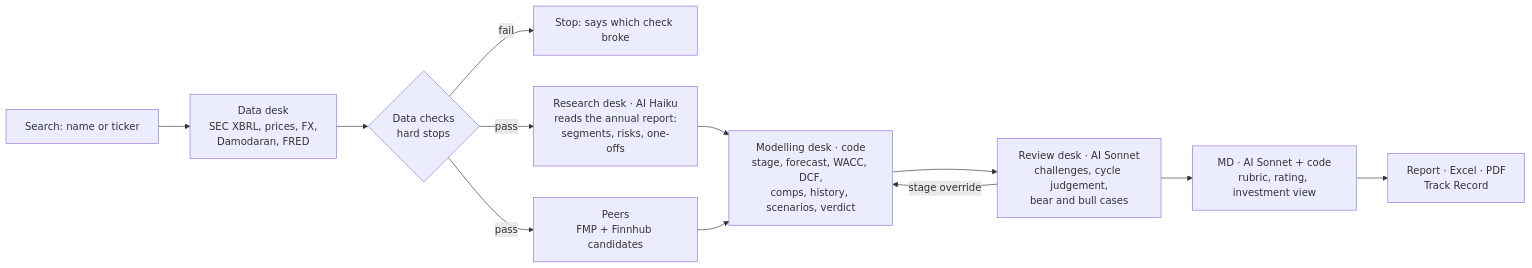
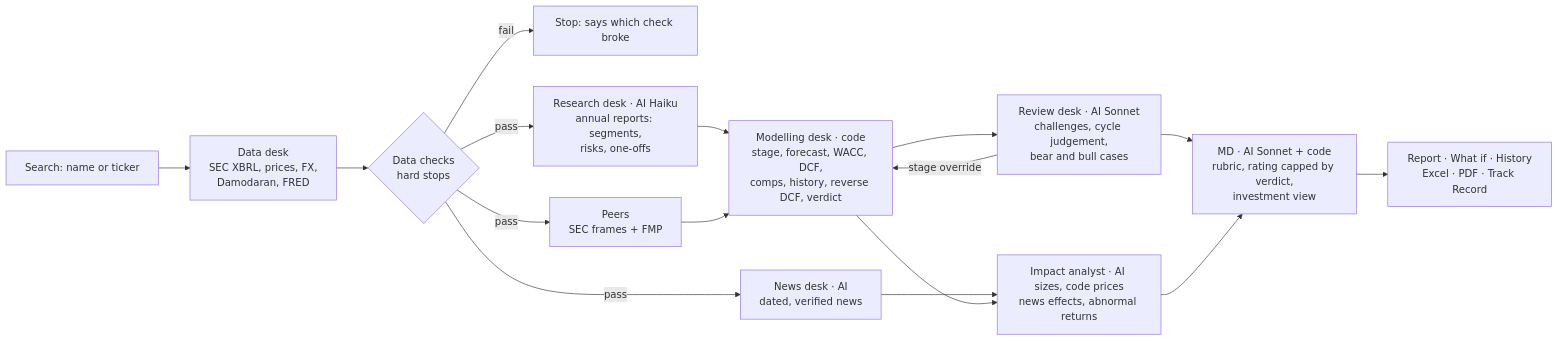
One commit to aslamcaan/stock-valuation-tool changed the diagram in README.md. Above: the diagram before and after it, drawn with Mermaid. The commit also changed other lines of this file, not shown here.

Commit message:
README brought up to date: all eight desks, what a report analyses, accuracy safeguards, why the DCF sits below targets, current tests and limitations

````diff
--- a/README.md
+++ b/README.md
@@ -16,14 +16,18 @@
 ```mermaid
 flowchart LR
     U[Search: name or ticker] --> D[Data desk<br/>SEC XBRL, prices, FX,<br/>Damodaran, FRED]
     D --> C{Data checks<br/>hard stops}
     C -- fail --> X[Stop: says which check broke]
-    C -- pass --> R[Research desk · AI Haiku<br/>reads the annual report:<br/>segments, risks, one-offs]
-    C -- pass --> P[Peers<br/>FMP + Finnhub candidates]
-    R --> M[Modelling desk · code<br/>stage, forecast, WACC, DCF,<br/>comps, history, scenarios, verdict]
+    C -- pass --> R[Research desk · AI Haiku<br/>annual reports: segments,<br/>risks, one-offs]
+    C -- pass --> N[News desk · AI<br/>dated, verified news]
+    C -- pass --> P[Peers<br/>SEC frames + FMP]
+    R --> M[Modelling desk · code<br/>stage, forecast, WACC, DCF,<br/>comps, history, reverse DCF, verdict]
     P --> M
     M --> V[Review desk · AI Sonnet<br/>challenges, cycle judgement,<br/>bear and bull cases]
     V -- stage override --> M
-    V --> MD[MD · AI Sonnet + code<br/>rubric, rating, investment view]
-    MD --> O[Report · Excel · PDF<br/>Track Record]
+    N --> I[Impact analyst · AI sizes, code prices<br/>news effects, abnormal returns]
+    M --> I
+    V --> MD[MD · AI Sonnet + code<br/>rubric, rating capped by verdict,<br/>investment view]
+    I --> MD
+    MD --> O[Report · What if · History<br/>Excel · PDF · Track Record]
 ```
````
